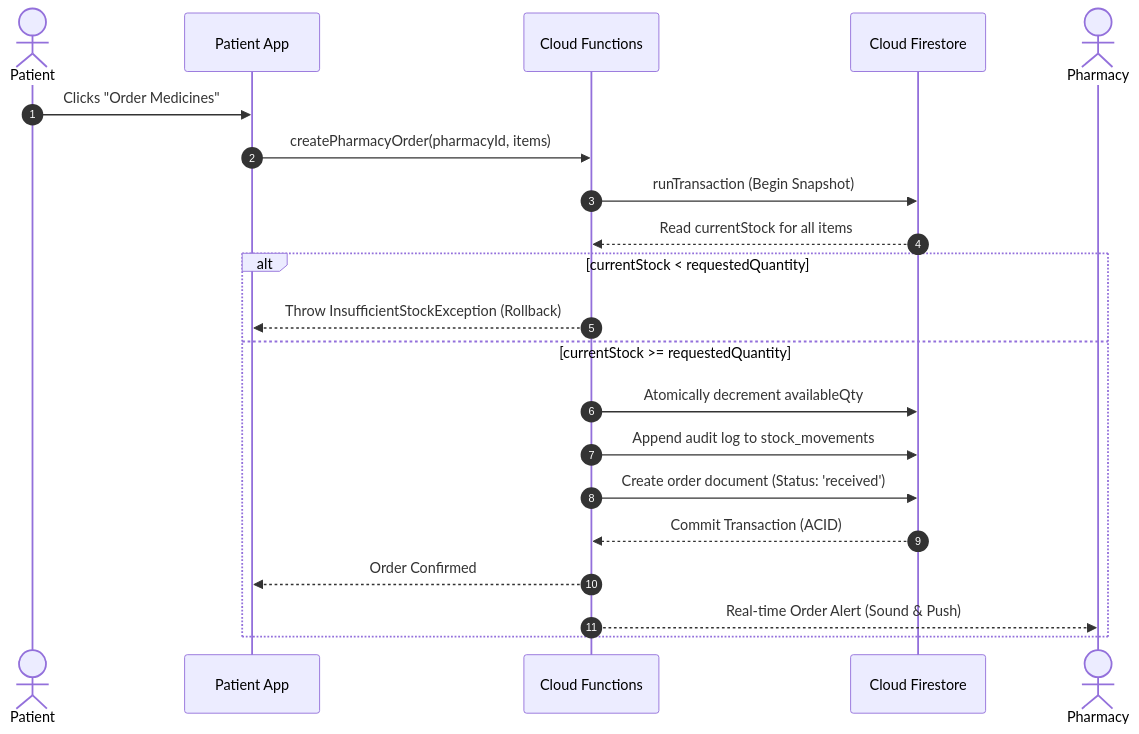
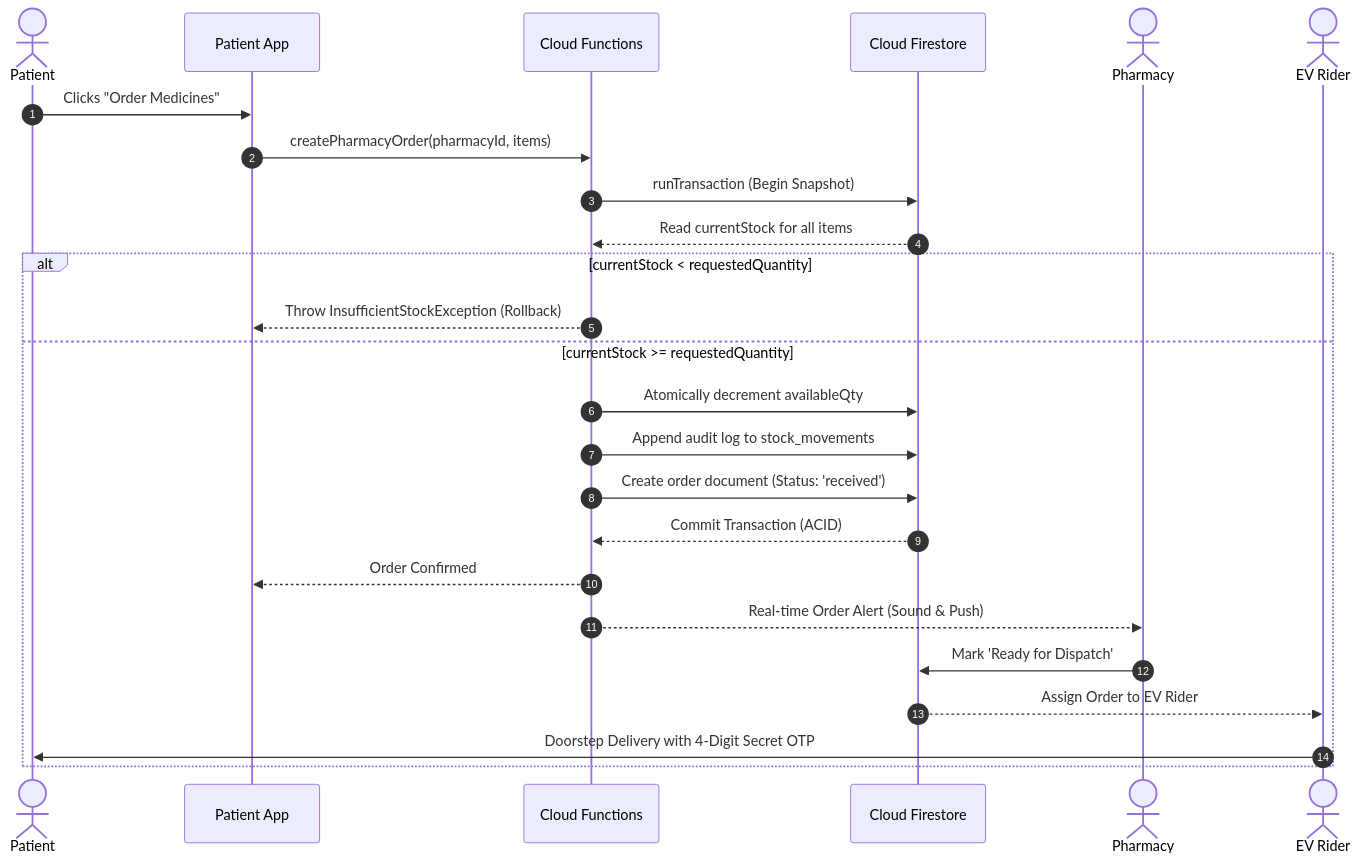
One commit to yashpatadiya1724-cmyk/OPD changed the second of 2 diagrams in README.md. Above: the diagram before and after it, drawn with Mermaid. The commit also changed other lines of this file and 12 other files, not shown here.

Commit message:
feat: add in-app vector navigation map, fix layout overflows, add location permission flow, and luxury launcher icons

````diff
--- a/README.md
+++ b/README.md
@@ -279,24 +314,28 @@
 ```mermaid
 sequenceDiagram
     autonumber
     actor Patient
     participant App as Patient App
     participant Func as Cloud Functions
     participant DB as Cloud Firestore
     actor Chemist as Pharmacy
+    actor Rider as EV Rider
 
     Patient->>App: Clicks "Order Medicines"
     App->>Func: createPharmacyOrder(pharmacyId, items)
     Func->>DB: runTransaction (Begin Snapshot)
     DB-->>Func: Read currentStock for all items
     alt currentStock < requestedQuantity
         Func-->>App: Throw InsufficientStockException (Rollback)
     else currentStock >= requestedQuantity
         Func->>DB: Atomically decrement availableQty
         Func->>DB: Append audit log to stock_movements
         Func->>DB: Create order document (Status: 'received')
         DB-->>Func: Commit Transaction (ACID)
         Func-->>App: Order Confirmed
         Func-->>Chemist: Real-time Order Alert (Sound & Push)
+        Chemist->>DB: Mark 'Ready for Dispatch'
+        DB-->>Rider: Assign Order to EV Rider
+        Rider->>Patient: Doorstep Delivery with 4-Digit Secret OTP
     end
 ```
````
